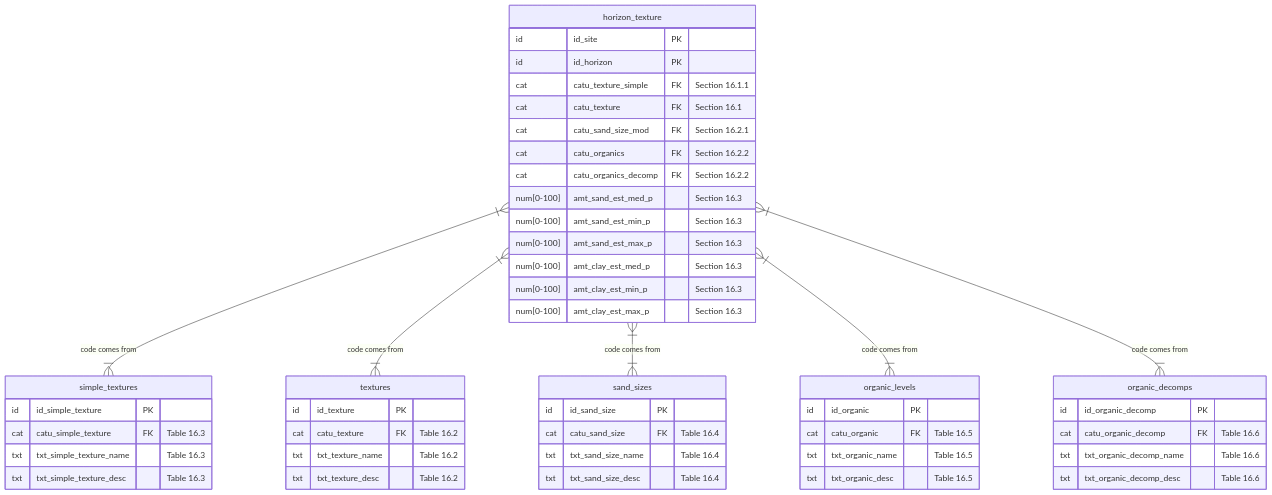
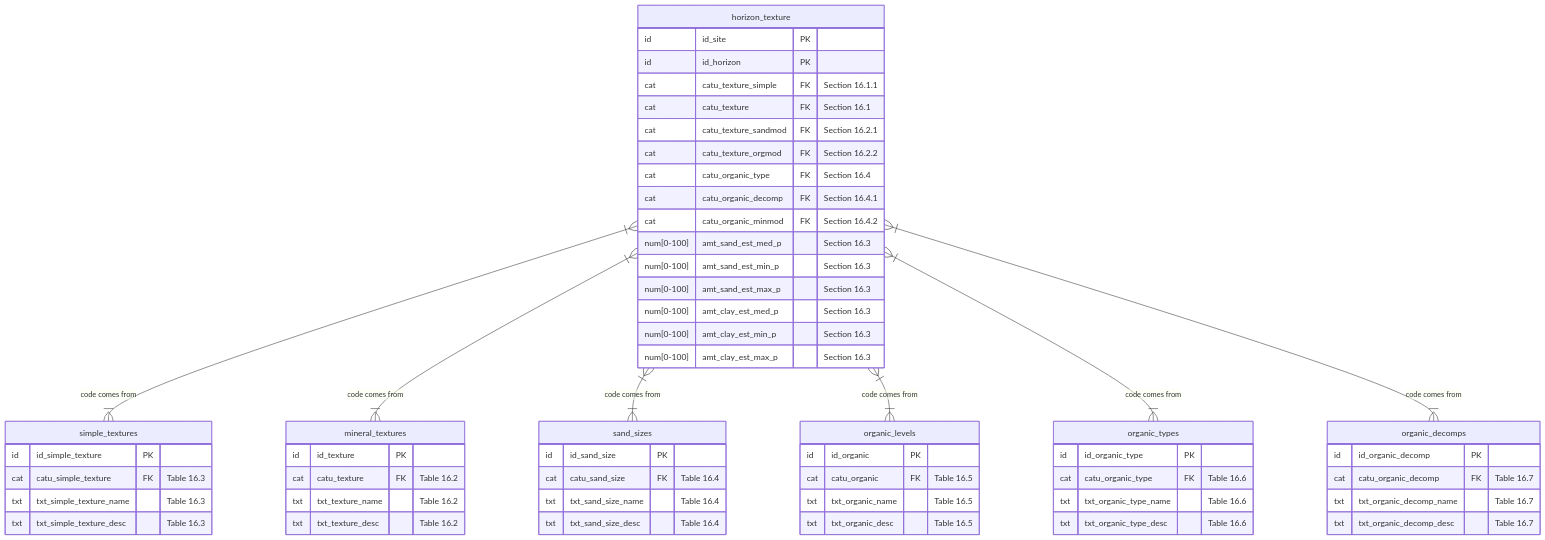
One commit to manaakiwhenua/NZ_soildesc_2024 changed diagram 15 of 25 in ap_03_database_design.qmd. Above: the diagram before and after it, drawn with Mermaid. The commit also changed other lines of this file and 4 other files, not shown here.

````diff
--- a/ap_03_database_design.qmd
+++ b/ap_03_database_design.qmd
@@ -1149,62 +1150,72 @@
 ```{mermaid}
-%%| fig-cap: "Horizon colour - Details"
+%%| fig-cap: "Horizon texture - Details"
 
 %%{ init: { 'er': { 'layoutDirection': 'LR' } } }%%
 erDiagram
   horizon_texture }|--|{ simple_textures : "code comes from"
-  horizon_texture }|--|{ textures : "code comes from"
+  horizon_texture }|--|{ mineral_textures : "code comes from"
   horizon_texture }|--|{ sand_sizes : "code comes from"
   horizon_texture }|--|{ organic_levels : "code comes from"
+  horizon_texture }|--|{ organic_types : "code comes from"
   horizon_texture }|--|{ organic_decomps : "code comes from"
   
   horizon_texture {
     id          id_site PK
     id          id_horizon PK
     cat         catu_texture_simple FK    "Section 16.1.1"
     cat         catu_texture FK           "Section 16.1"
-    cat         catu_sand_size_mod FK     "Section 16.2.1"
-    cat         catu_organics FK          "Section 16.2.2"
-    cat         catu_organics_decomp FK   "Section 16.2.2"
+    cat         catu_texture_sandmod FK   "Section 16.2.1"
+    cat         catu_texture_orgmod FK    "Section 16.2.2"
+    cat         catu_organic_type FK      "Section 16.4"
+    cat         catu_organic_decomp FK    "Section 16.4.1"
+    cat         catu_organic_minmod FK    "Section 16.4.2"
     num[0-100]  amt_sand_est_med_p        "Section 16.3"
     num[0-100]  amt_sand_est_min_p        "Section 16.3"
     num[0-100]  amt_sand_est_max_p        "Section 16.3"
     num[0-100]  amt_clay_est_med_p        "Section 16.3"
     num[0-100]  amt_clay_est_min_p        "Section 16.3"
     num[0-100]  amt_clay_est_max_p        "Section 16.3"
   }
    
   simple_textures {
     id          id_simple_texture PK
     cat         catu_simple_texture FK    "Table 16.3"
     txt         txt_simple_texture_name   "Table 16.3"
     txt         txt_simple_texture_desc   "Table 16.3"
   } 
 
-  textures {
+  mineral_textures {
     id          id_texture PK
     cat         catu_texture FK           "Table 16.2"
     txt         txt_texture_name          "Table 16.2"
     txt         txt_texture_desc          "Table 16.2"
   } 
 
   sand_sizes {
     id          id_sand_size PK
     cat         catu_sand_size FK         "Table 16.4"
     txt         txt_sand_size_name        "Table 16.4"
     txt         txt_sand_size_desc        "Table 16.4"
   }
 
   organic_levels {
     id          id_organic PK
     cat         catu_organic FK           "Table 16.5"
     txt         txt_organic_name          "Table 16.5"
     txt         txt_organic_desc          "Table 16.5"
   }
+
+  organic_types {
+    id          id_organic_type PK
+    cat         catu_organic_type FK    "Table 16.6"
+    txt         txt_organic_type_name   "Table 16.6"
+    txt         txt_organic_type_desc   "Table 16.6"
+  }
   
   organic_decomps {
     id          id_organic_decomp PK
-    cat         catu_organic_decomp FK    "Table 16.6"
-    txt         txt_organic_decomp_name   "Table 16.6"
-    txt         txt_organic_decomp_desc   "Table 16.6"
+    cat         catu_organic_decomp FK    "Table 16.7"
+    txt         txt_organic_decomp_name   "Table 16.7"
+    txt         txt_organic_decomp_desc   "Table 16.7"
   }
 ```
````
